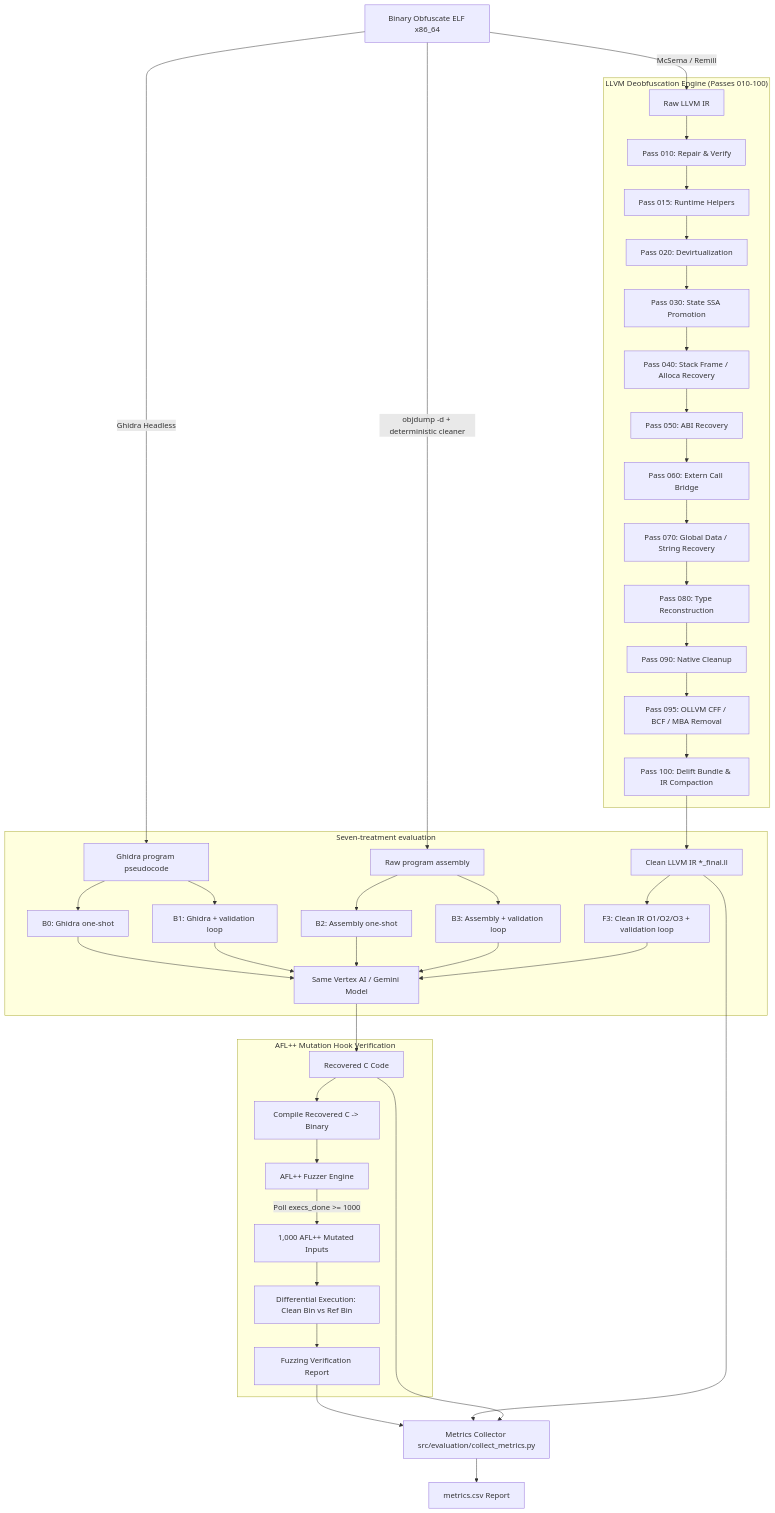
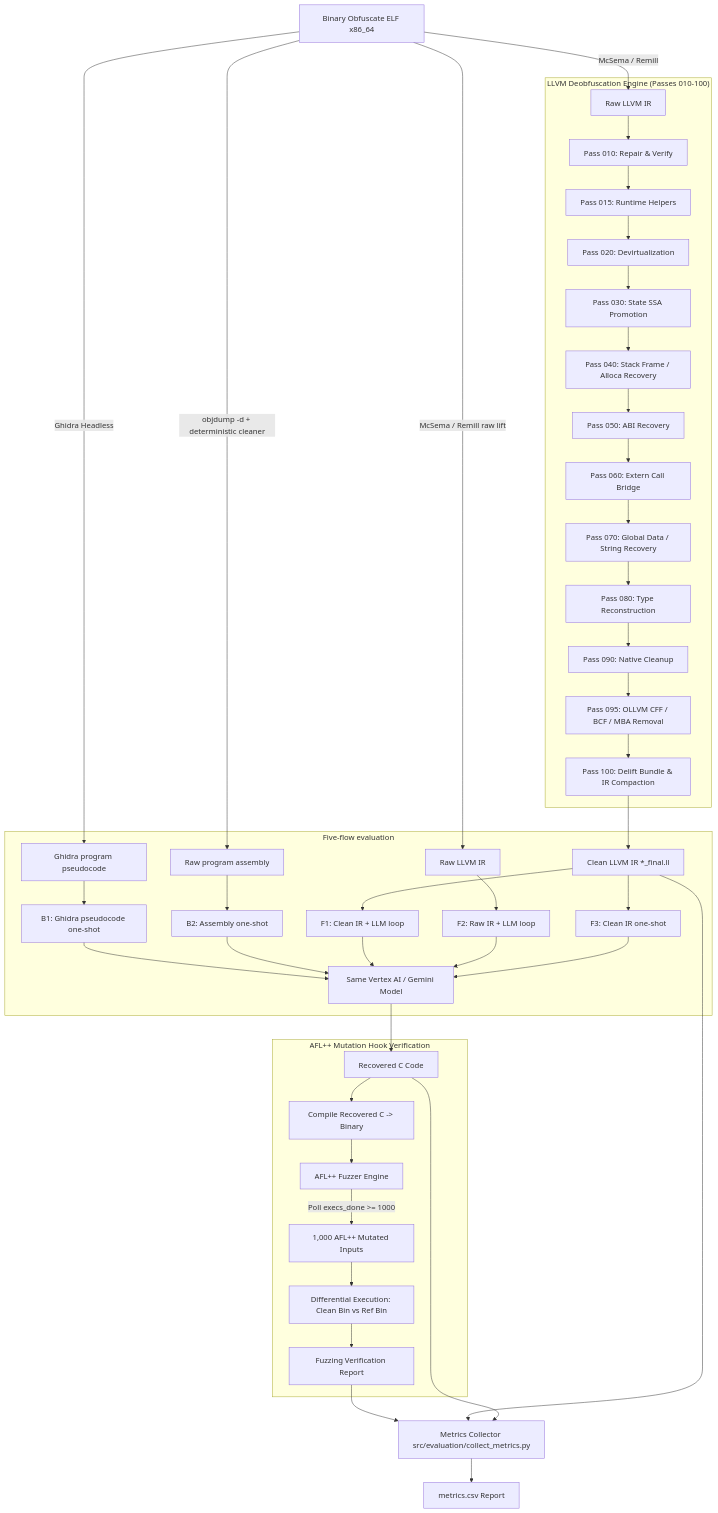
One commit to dungkkk7/capstone_project changed the diagram in README.md. Above: the diagram before and after it, drawn with Mermaid. The commit also changed other lines of this file and 941 other files, not shown here.

Commit message:
update five-flow evaluation and metrics

````diff
--- a/README.md
+++ b/README.md
@@ -37,46 +37,47 @@
 ```mermaid
 flowchart TD
     A[Binary Obfuscate ELF x86_64] -->|McSema / Remill| B[Raw LLVM IR]
     
     subgraph Deobfuscation_Engine ["LLVM Deobfuscation Engine (Passes 010-100)"]
         B --> P10[Pass 010: Repair & Verify]
         P10 --> P15[Pass 015: Runtime Helpers]
         P15 --> P20[Pass 020: Devirtualization]
         P20 --> P30[Pass 030: State SSA Promotion]
         P30 --> P40[Pass 040: Stack Frame / Alloca Recovery]
         P40 --> P50[Pass 050: ABI Recovery]
         P50 --> P60[Pass 060: Extern Call Bridge]
         P60 --> P70[Pass 070: Global Data / String Recovery]
         P70 --> P80[Pass 080: Type Reconstruction]
         P80 --> P90[Pass 090: Native Cleanup]
         P90 --> P95[Pass 095: OLLVM CFF / BCF / MBA Removal]
         P95 --> P100[Pass 100: Delift Bundle & IR Compaction]
     end
 
     P100 --> C[Clean LLVM IR *_final.ll]
+    A -->|McSema / Remill raw lift| R[Raw LLVM IR]
     A -->|Ghidra Headless| G[Ghidra program pseudocode]
 
     A -->|objdump -d + deterministic cleaner| AS[Raw program assembly]
 
-    subgraph LLM_Recovery_Engine ["Seven-treatment evaluation"]
-        G --> B0[B0: Ghidra one-shot]
-        G --> B1[B1: Ghidra + validation loop]
+    subgraph LLM_Recovery_Engine ["Five-flow evaluation"]
+        G --> B1[B1: Ghidra pseudocode one-shot]
         AS --> B2[B2: Assembly one-shot]
-        AS --> B3[B3: Assembly + validation loop]
-        C --> F3[F3: Clean IR O1/O2/O3 + validation loop]
-        B0 & B1 & B2 & B3 & F3 --> LLM[Same Vertex AI / Gemini Model]
+        C --> F1[F1: Clean IR + LLM loop]
+        R --> F2[F2: Raw IR + LLM loop]
+        C --> F3[F3: Clean IR one-shot]
+        B1 & B2 & F1 & F2 & F3 --> LLM[Same Vertex AI / Gemini Model]
     end
 
     LLM --> E[Recovered C Code]
 
     subgraph Verification_Engine ["AFL++ Mutation Hook Verification"]
         E --> Comp[Compile Recovered C -> Binary]
         Comp --> AFL[AFL++ Fuzzer Engine]
         AFL -->|Poll execs_done >= 1000| Inputs[1,000 AFL++ Mutated Inputs]
         Inputs --> DiffExec[Differential Execution: Clean Bin vs Ref Bin]
         DiffExec --> FuzzReport[Fuzzing Verification Report]
     end
 
     FuzzReport & C & E --> Eval[Metrics Collector src/evaluation/collect_metrics.py]
     Eval --> CSV[metrics.csv Report]
 ```
````
